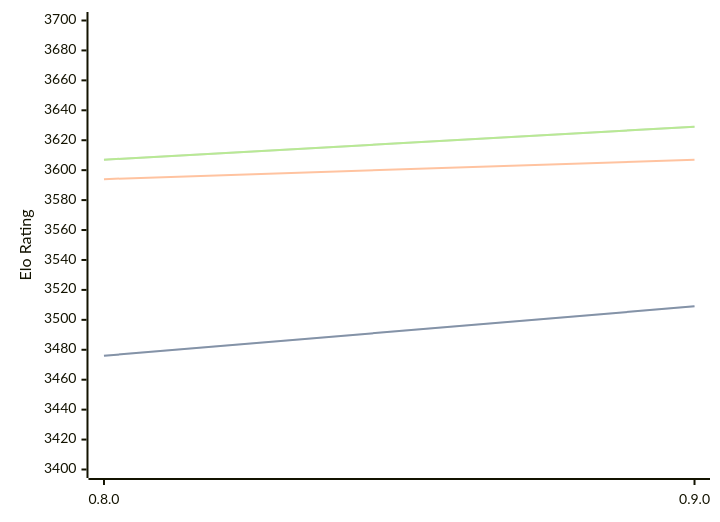
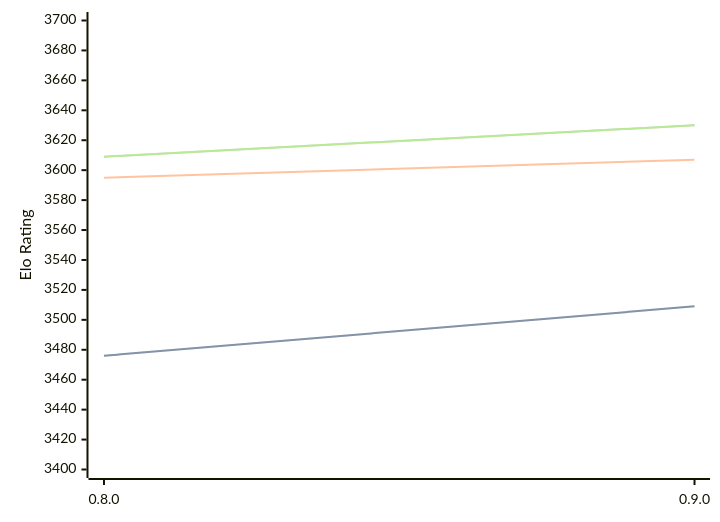
Before and after one commit to computer-chess-index/cci: the diagram in engines/Reckless.md, drawn with Mermaid. The commit also changed other lines of this file, not shown here.

Commit message:
Update CCI Ratings (ELO VLTC) - 2026-03-12

````diff
--- a/engines/Reckless.md
+++ b/engines/Reckless.md
@@ -37,11 +37,11 @@
 ```mermaid
 %%{init: {"theme":"base","themeVariables":{"seriesColors:['#a3a3a3','#222221','#faa371']}}}%%
 xychart-beta
   x-axis ["0.8.0", "0.9.0"]
   y-axis "Elo Rating" 3400 --> 3700
   line "STC (8.0+0.08s)" [3476, 3509]
   line "STC (8.0+0.08s)" [3476, 3509]
-  line "LTC (60.0+0.60s)" [3594, 3607]
-  line "VLTC (2m24s+1.12s)" [3607, 3629]
-  line "VLTC (2m24s+1.12s)" [3607, 3629]
+  line "LTC (60.0+0.60s)" [3595, 3607]
+  line "VLTC (2m24s+1.12s)" [3609, 3630]
+  line "VLTC (2m24s+1.12s)" [3609, 3630]
 ```
````
